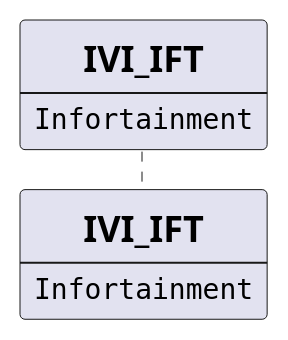
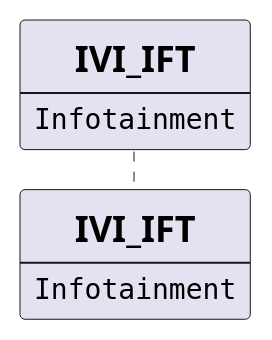
One commit to golyshkin/DEVPROM_link_fixer changed the diagram in tmp/sw_catalog/components/sw_ift.puml. Above: the diagram before and after it, drawn with PlantUML. The commit also changed 1 other file, not shown here.

```diff
--- a/tmp/sw_catalog/components/sw_ift.puml
+++ b/tmp/sw_catalog/components/sw_ift.puml
@@ -1,9 +1,9 @@
 @startuml
 
 participant IFT [
 =IVI_IFT
 ----
-""Infortainment""
+""Infotainment""
 ]
 
 @enduml
```
